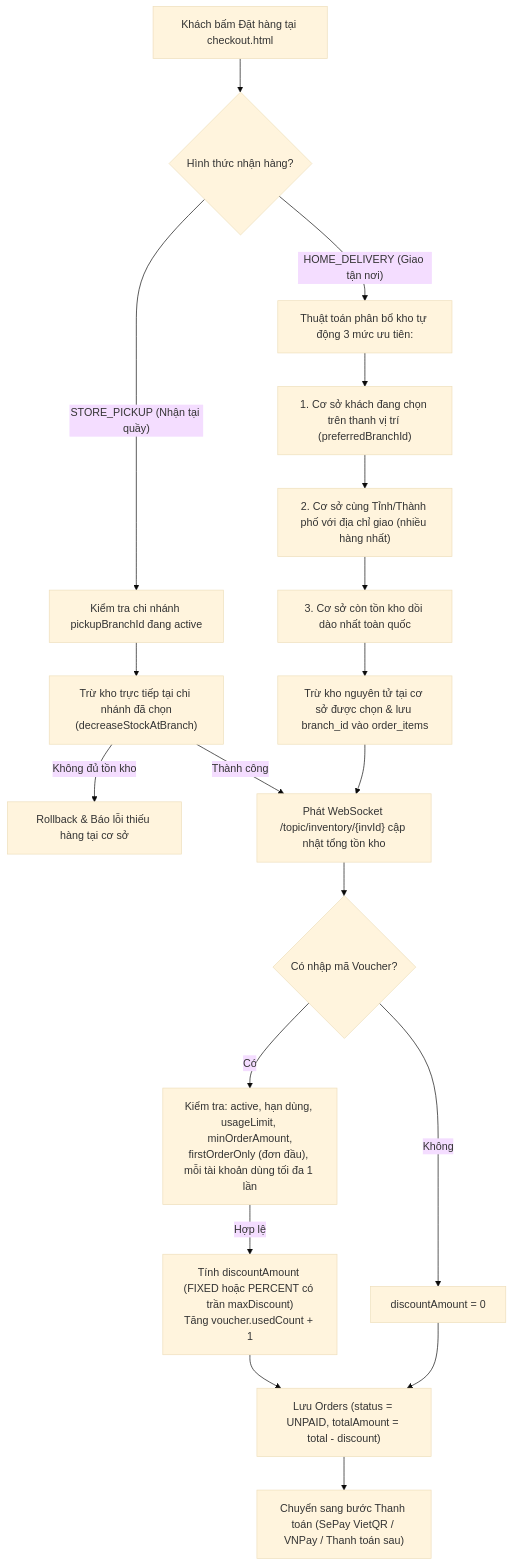
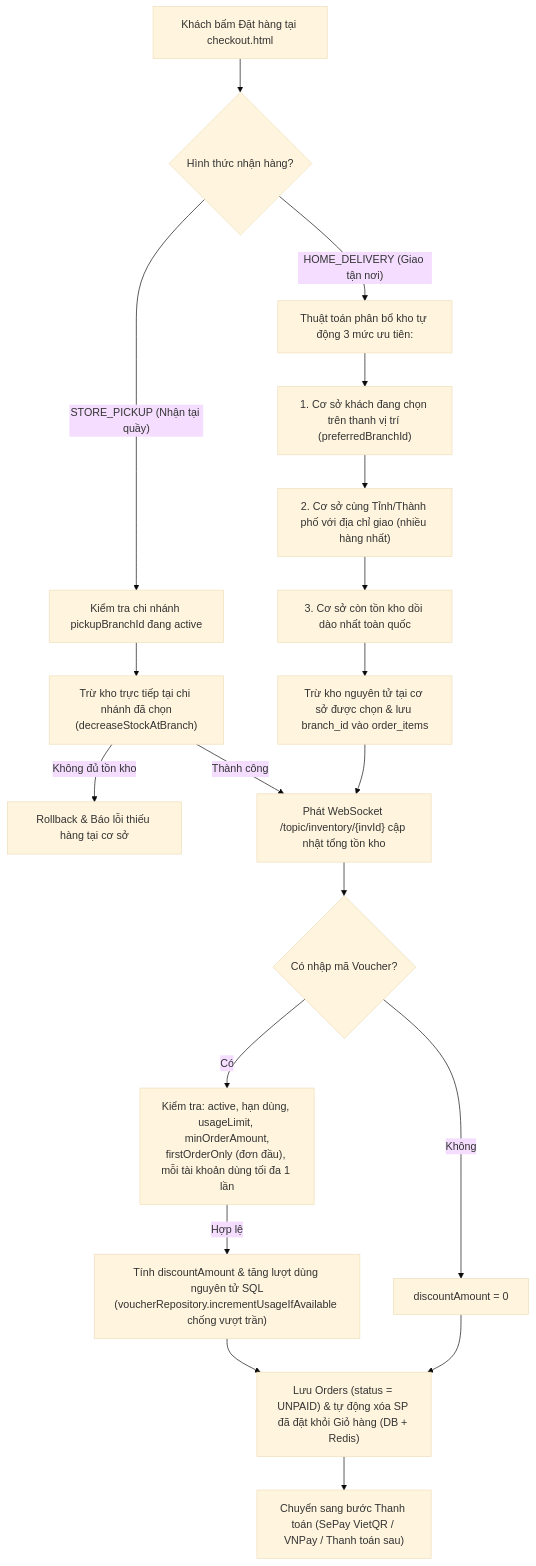
One commit to vankhuong-ui/BE_Computer changed the first of 2 diagrams in doc/flows/02-luong-gio-hang-dat-hang-kho-da-co-so.md. Above: the diagram before and after it, drawn with Mermaid (base theme). The commit also changed other lines of this file and 35 other files, not shown here.

````diff
--- a/doc/flows/02-luong-gio-hang-dat-hang-kho-da-co-so.md
+++ b/doc/flows/02-luong-gio-hang-dat-hang-kho-da-co-so.md
@@ -29,25 +29,25 @@
 ```mermaid
 flowchart TD
     A["Khách bấm Đặt hàng tại checkout.html"] --> B{"Hình thức nhận hàng?"}
 
     B -- "STORE_PICKUP (Nhận tại quầy)" --> C["Kiểm tra chi nhánh pickupBranchId đang active"]
     C --> D["Trừ kho trực tiếp tại chi nhánh đã chọn<br/>(decreaseStockAtBranch)"]
     D -- "Không đủ tồn kho" --> ERR1["Rollback & Báo lỗi thiếu hàng tại cơ sở"]
 
     B -- "HOME_DELIVERY (Giao tận nơi)" --> E["Thuật toán phân bổ kho tự động 3 mức ưu tiên:"]
     E --> E1["1. Cơ sở khách đang chọn trên thanh vị trí (preferredBranchId)"]
     E1 --> E2["2. Cơ sở cùng Tỉnh/Thành phố với địa chỉ giao (nhiều hàng nhất)"]
     E2 --> E3["3. Cơ sở còn tồn kho dồi dào nhất toàn quốc"]
     E3 --> F["Trừ kho nguyên tử tại cơ sở được chọn & lưu branch_id vào order_items"]
 
     D -- "Thành công" --> G["Phát WebSocket /topic/inventory/{invId} cập nhật tổng tồn kho"]
     F --> G
 
     G --> H{"Có nhập mã Voucher?"}
     H -- "Có" --> I["Kiểm tra: active, hạn dùng, usageLimit, minOrderAmount,<br/>firstOrderOnly (đơn đầu), mỗi tài khoản dùng tối đa 1 lần"]
-    I -- "Hợp lệ" --> J["Tính discountAmount (FIXED hoặc PERCENT có trần maxDiscount)<br/>Tăng voucher.usedCount + 1"]
+    I -- "Hợp lệ" --> J["Tính discountAmount & tăng lượt dùng nguyên tử SQL<br/>(voucherRepository.incrementUsageIfAvailable chống vượt trần)"]
     H -- "Không" --> K["discountAmount = 0"]
-    J --> L["Lưu Orders (status = UNPAID, totalAmount = total - discount)"]
+    J --> L["Lưu Orders (status = UNPAID) & tự động xóa SP đã đặt khỏi Giỏ hàng (DB + Redis)"]
     K --> L
     L --> M["Chuyển sang bước Thanh toán (SePay VietQR / VNPay / Thanh toán sau)"]
 ```
````
